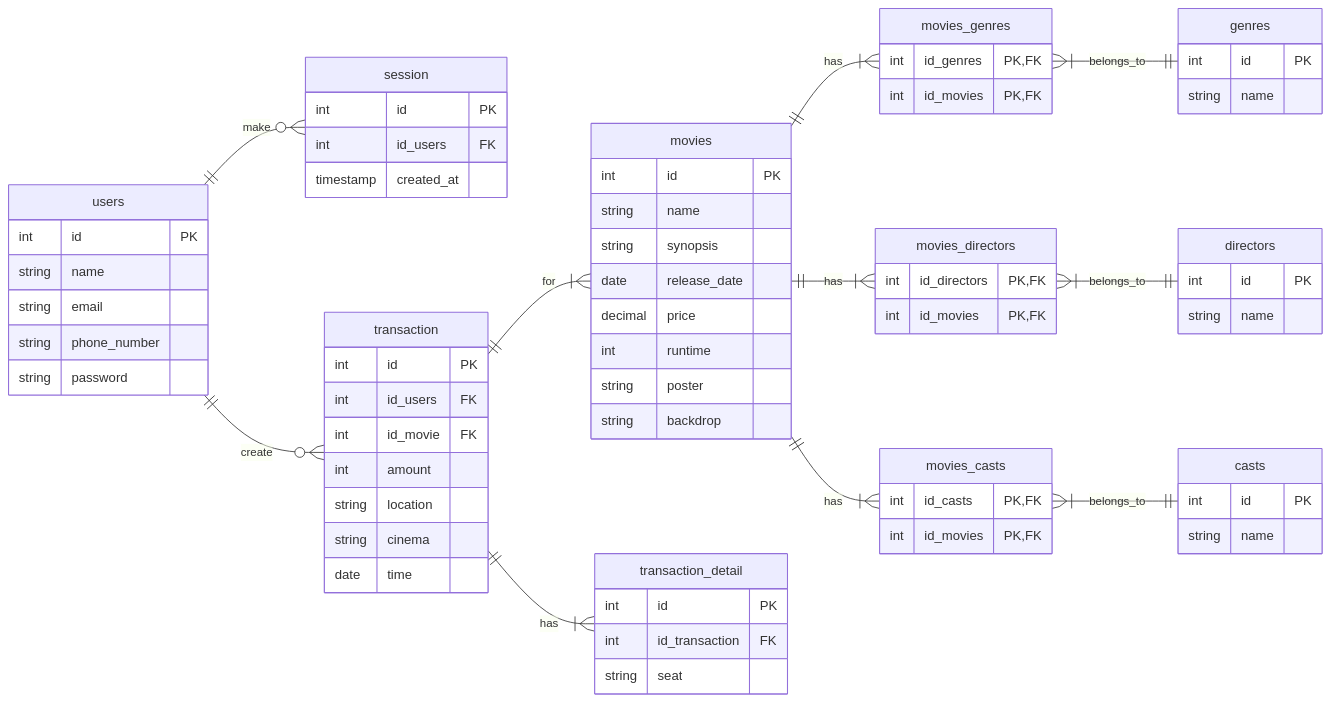
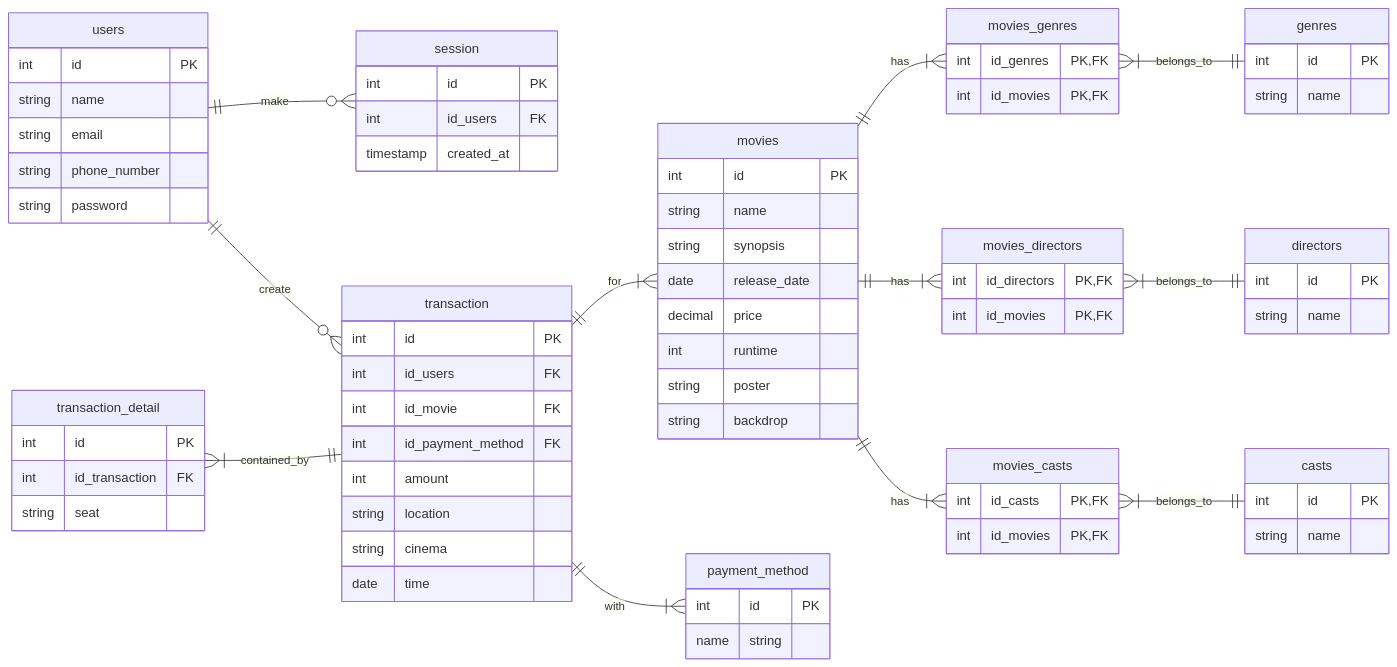
The diagram in README.md (mdavindarinaldy/fgo24-db-weeklytask), drawn with Mermaid before and after one commit. The commit also changed other lines of this file, not shown here.

Commit message:
feat: add payment method table

````diff
--- a/README.md
+++ b/README.md
@@ -56,6 +56,7 @@
         int id PK
         int id_users FK
         int id_movie FK
+        int id_payment_method FK
         int amount
         string location
         string cinema
@@ -65,6 +66,10 @@
         int id PK
         int id_transaction FK
         string seat
+    }
+    payment_method {
+        int id PK
+        name string
     }
     movies ||--|{ movies_genres: has
     movies_genres }|--|| genres: belongs_to
@@ -78,5 +83,6 @@
     users ||--o{ session: make
     users ||--o{ transaction: create
     transaction ||--|{ movies: for
-    transaction ||--|{ transaction_detail: has 
+    transaction_detail }|--|| transaction: contained_by
+    transaction ||--|{ payment_method: with 
 ```
````
